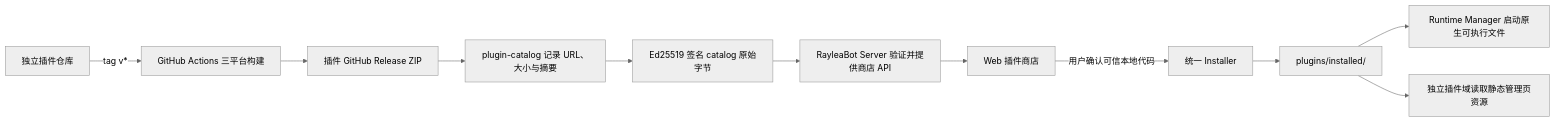
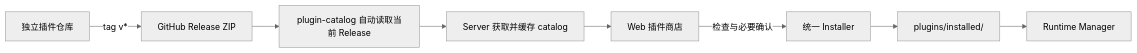
The diagram in docs/plugin/store-and-development.md (RayleaBot/RayleaBot), drawn with Mermaid (neutral theme) before and after one commit. The commit also changed other lines of this file and 17 other files, not shown here.

````diff
--- a/docs/plugin/store-and-development.md
+++ b/docs/plugin/store-and-development.md
@@ -29,13 +26,10 @@
 ```mermaid
 flowchart LR
-  P["独立插件仓库"] -->|"tag v*"| A["GitHub Actions 三平台构建"]
-  A --> R["插件 GitHub Release ZIP"]
-  R --> C["plugin-catalog 记录 URL、大小与摘要"]
-  C --> S["Ed25519 签名 catalog 原始字节"]
-  S --> H["RayleaBot Server 验证并提供商店 API"]
-  H --> W["Web 插件商店"]
-  W -->|"用户确认可信本地代码"| I["统一 Installer"]
+  P["独立插件仓库"] -->|"tag v*"| R["GitHub Release ZIP"]
+  R --> C["plugin-catalog 自动读取当前 Release"]
+  C --> S["Server 获取并缓存 catalog"]
+  S --> W["Web 插件商店"]
+  W -->|"检查与必要确认"| I["统一 Installer"]
   I --> D["plugins/installed/<plugin_id>"]
-  D --> M["Runtime Manager 启动原生可执行文件"]
-  D --> U["独立插件域读取静态管理页资源"]
+  D --> M["Runtime Manager"]
 ```
````
